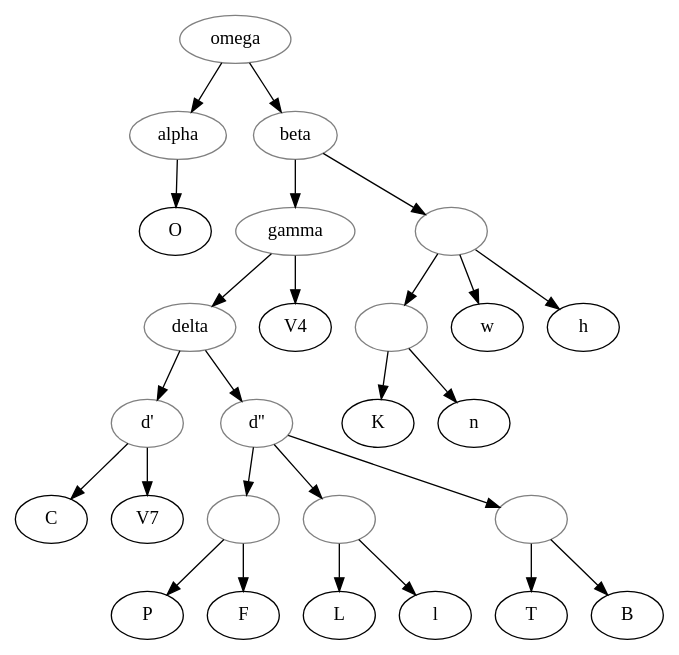
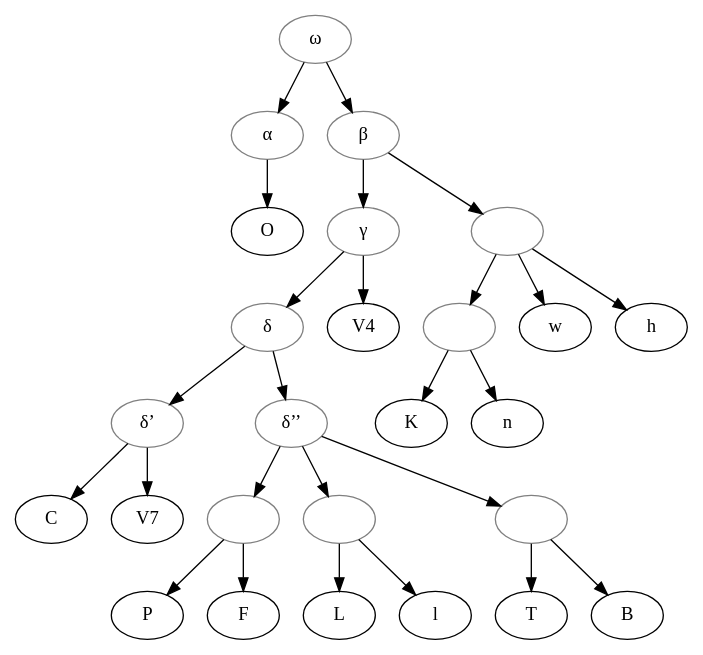
The diagram in examples/Segre_1971_Roland/stemma.gv (OpenStemmata/database), drawn with Graphviz before and after one commit. The commit also changed 1 other file, not shown here.

```diff
--- a/examples/Segre_1971_Roland/stemma.gv
+++ b/examples/Segre_1971_Roland/stemma.gv
@@ -1,43 +1,42 @@
 digraph {
 
-    omega[color="grey"]
-    alpha[color="grey"]
-    beta[color="grey"]
-    gamma[color="grey"]
-    delta[color="grey"]
-    deltaprime[color="grey", label="d'"]
-    deltasecond[color="grey", label="d''"]
+    omega[color="grey", label="ω"]
+    alpha[color="grey", label="α"]
+    beta[color="grey", label="β"]
+    gamma[color="grey", label="γ"]
+    delta[color="grey", label="δ"]
+    deltaprime[color="grey", label="δ’"]
+    deltasecond[color="grey", label="δ’’"]
     1[color="grey",label=""]
     2[color="grey",label=""]
     3[color="grey",label=""]
     4[color="grey",label=""]
     5[color="grey",label=""]
 
     omega -> alpha;
     alpha -> O;
     omega -> beta
     beta -> 1
     1 -> w
     1 -> 2
     2 -> K
     2 -> n
     1 -> h
-
     beta -> gamma
     gamma -> V4
     gamma -> delta
     delta -> deltaprime
     deltaprime -> C
     deltaprime -> V7
     delta -> deltasecond
     deltasecond -> 3
     3 -> P
     3 -> F
     deltasecond -> 4
     4 -> L
     4 -> l
     deltasecond -> 5
     5 -> T
     5 -> B
 
 }
```
